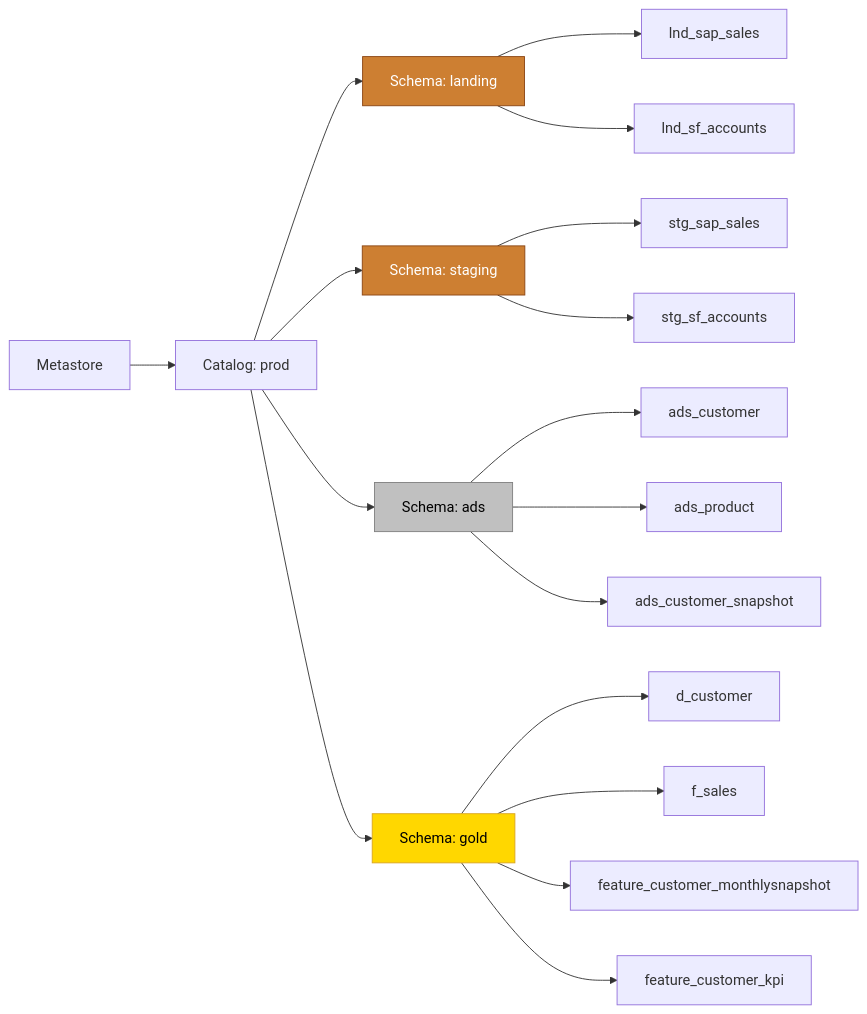
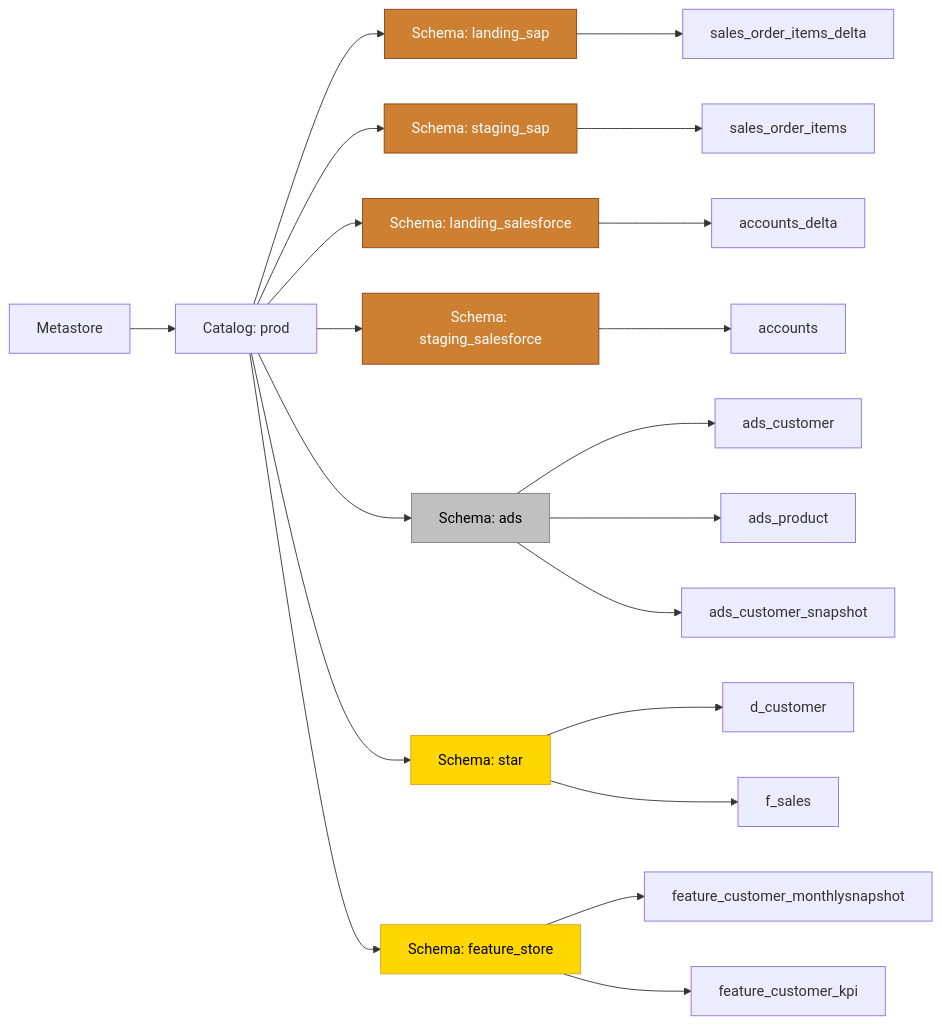
The diagram in Technical Guideline Ops/Databricks Best-Practices/Unity Catalog.md (PlainsightPro/Vision-Playbook), drawn with Mermaid before and after one commit. The commit also changed other lines of this file and 3 other files, not shown here.

Commit message:
Removal of inconsistencies in Landing/Staging per Schema + Removal of OBT to remove obfuscation.

````diff
--- a/Technical Guideline Ops/Databricks Best-Practices/Unity Catalog.md
+++ b/Technical Guideline Ops/Databricks Best-Practices/Unity Catalog.md
@@ -15,29 +15,40 @@
 ```mermaid
 %%{init: { "flowchart": { "useMaxWidth": true } } }%%
 flowchart LR
-    %% Schemas per layer
     MS[Metastore] --> UC[Catalog: prod]
-    UC --> Landing[Schema: landing]
-    UC --> Staging[Schema: staging]
+
+    %% Bronze: schemas per source system (Landing optional, Staging required)
+    UC --> LandingSAP[Schema: landing_sap]
+    UC --> StagingSAP[Schema: staging_sap]
+    UC --> LandingSF[Schema: landing_salesforce]
+    UC --> StagingSF[Schema: staging_salesforce]
+
+    %% Silver: typically shared by domain/data product (integrates multiple sources)
     UC --> ADS[Schema: ads]
-    UC --> Gold[Schema: gold]
+
+    %% Gold: separate schemas per consumption pattern
+    UC --> Star[Schema: star]
+    UC --> FeatureStore[Schema: feature_store]
 
     %% Example objects
-    Landing --> L1[lnd_sap_sales]
-    Landing --> L2[lnd_sf_accounts]
-    Staging --> S1[stg_sap_sales]
-    Staging --> S2[stg_sf_accounts]
+    LandingSAP --> LS1[sales_order_items_delta]
+    StagingSAP --> SS1[sales_order_items]
+    LandingSF --> LF1[accounts_delta]
+    StagingSF --> SF1[accounts]
     ADS --> A1[ads_customer]
     ADS --> A2[ads_product]
     ADS --> A3[ads_customer_snapshot]
-    Gold --> G1[d_customer]
-    Gold --> G2[f_sales]
-    Gold --> G3[feature_customer_monthlysnapshot]
-    Gold --> G4[feature_customer_kpi]
+    Star --> G1[d_customer]
+    Star --> G2[f_sales]
+    FeatureStore --> G3[feature_customer_monthlysnapshot]
+    FeatureStore --> G4[feature_customer_kpi]
 
     %% Layer coloring aligned with Medallion mapping
-    style Landing fill:#CD7F32,stroke:#8B4513,color:#FFFFFF
-    style Staging fill:#CD7F32,stroke:#8B4513,color:#FFFFFF
+    style LandingSAP fill:#CD7F32,stroke:#8B4513,color:#FFFFFF
+    style StagingSAP fill:#CD7F32,stroke:#8B4513,color:#FFFFFF
+    style LandingSF fill:#CD7F32,stroke:#8B4513,color:#FFFFFF
+    style StagingSF fill:#CD7F32,stroke:#8B4513,color:#FFFFFF
     style ADS fill:#C0C0C0,stroke:#808080,color:#000000
-    style Gold fill:#FFD700,stroke:#DAA520,color:#000000
+    style Star fill:#FFD700,stroke:#DAA520,color:#000000
+    style FeatureStore fill:#FFD700,stroke:#DAA520,color:#000000
 ```
````
